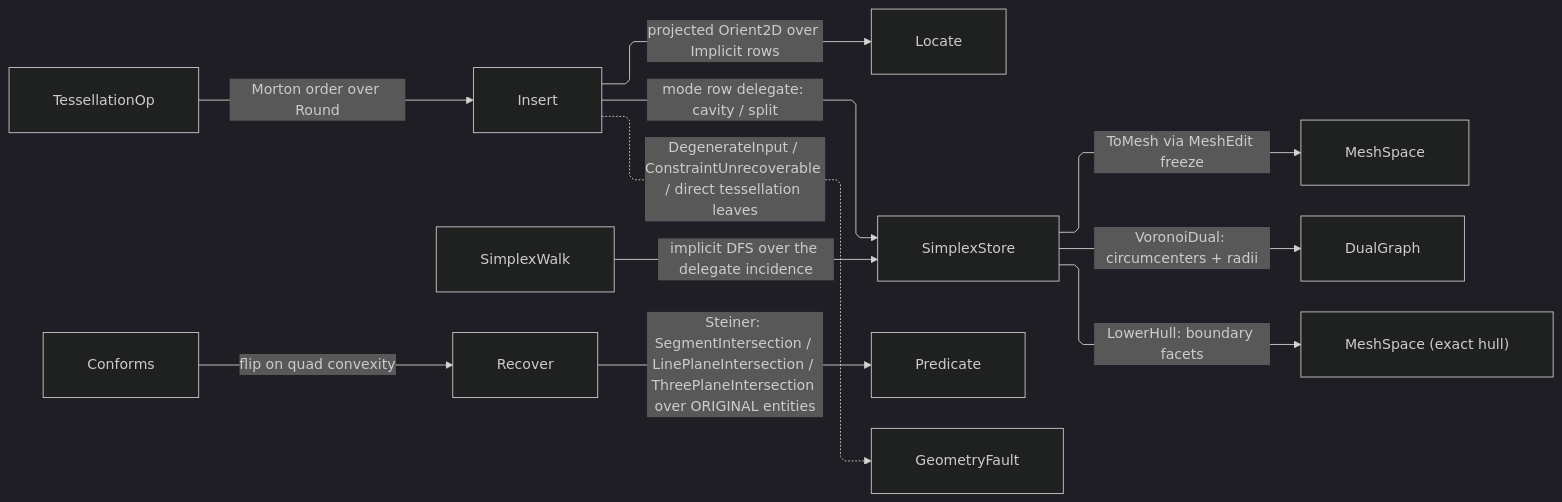
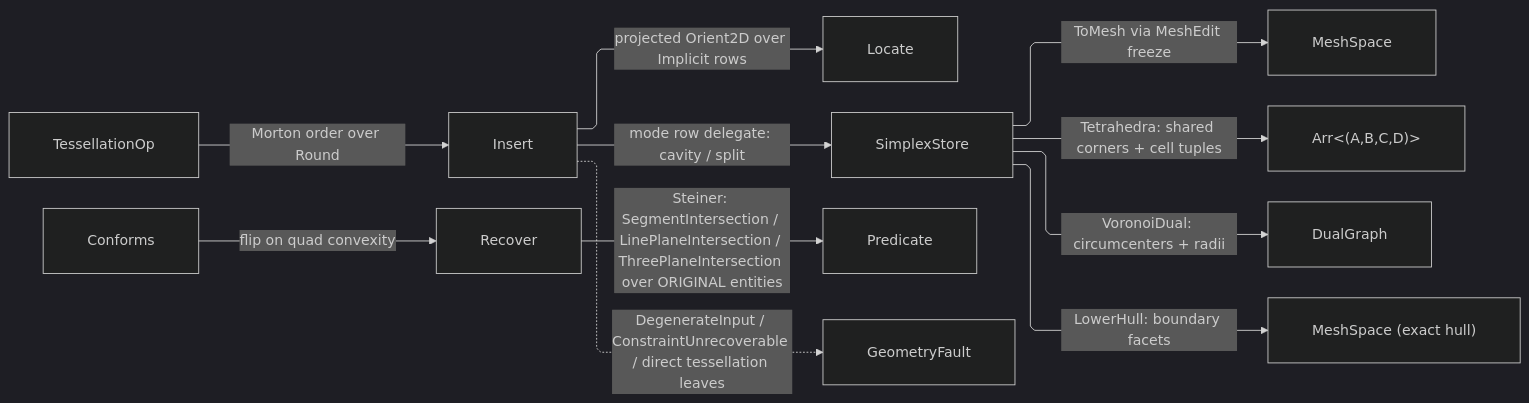
Before and after one commit to bsamiee/Rasm: the diagram in libs/dotnet/Rasm/.planning/Meshing/delaunay.md, drawn with Mermaid (dark theme). The commit also changed other lines of this file and 55 other files, not shown here.

````diff
--- a/libs/dotnet/Rasm/.planning/Meshing/delaunay.md
+++ b/libs/dotnet/Rasm/.planning/Meshing/delaunay.md
@@ -1133,22 +1104,22 @@
 ```mermaid
 ---
 config:
   layout: elk
   flowchart:
     curve: linear
     padding: 25
 ---
 flowchart LR
     accTitle: Tessellation build flow
     accDescr: Vertices and conform rows flow through the simplex store build, recovery, and the mesh, triangle, dual, and hull projections.
     TessellationOp -->|Morton order over Round| Insert
     Insert -->|projected Orient2D over Implicit rows| Locate
     Insert -->|mode row delegate: cavity / split| SimplexStore
-    SimplexWalk -->|implicit DFS over the delegate incidence| SimplexStore
     Conforms -->|flip on quad convexity| Recover
     Recover -->|Steiner: SegmentIntersection / LinePlaneIntersection / ThreePlaneIntersection over ORIGINAL entities| Predicate
     SimplexStore -->|ToMesh via MeshEdit freeze| MeshSpace
+    SimplexStore -->|Tetrahedra: shared corners + cell tuples| Cells["Arr&lt;(A,B,C,D)&gt;"]
     SimplexStore -->|VoronoiDual: circumcenters + radii| DualGraph
     SimplexStore -->|LowerHull: boundary facets| Hull["MeshSpace (exact hull)"]
     Insert -.->|DegenerateInput / ConstraintUnrecoverable / direct tessellation leaves| GeometryFault
 ```
````
